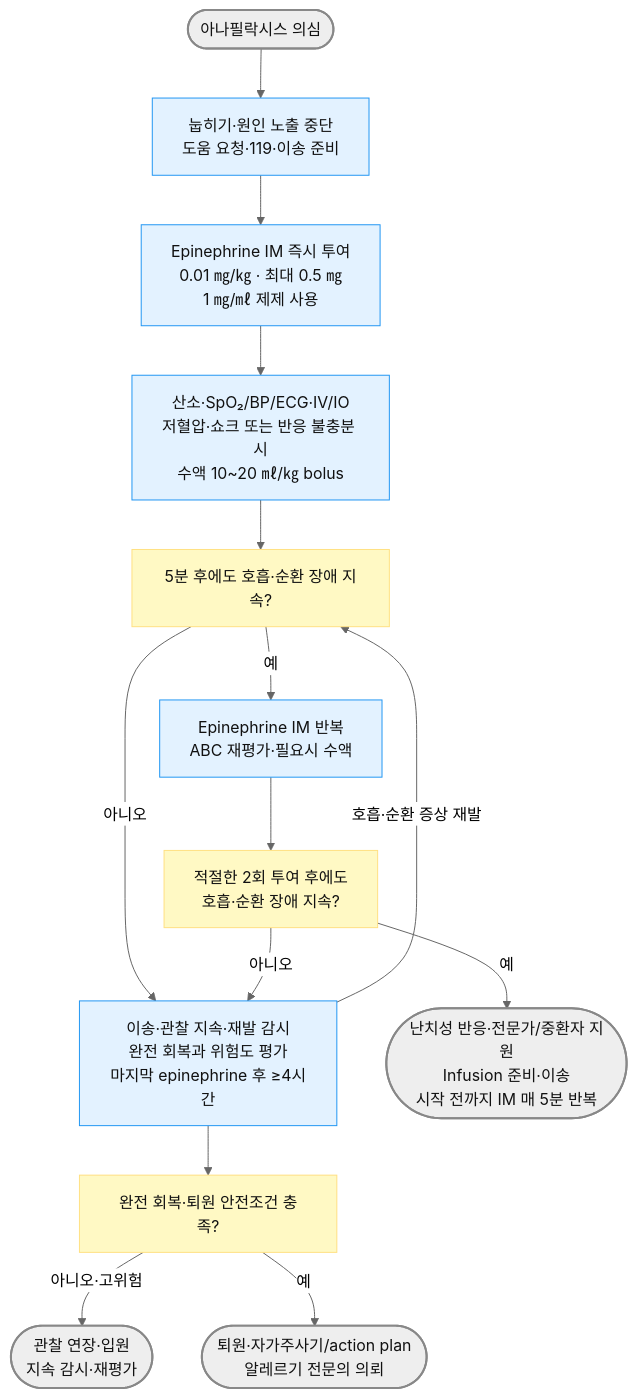
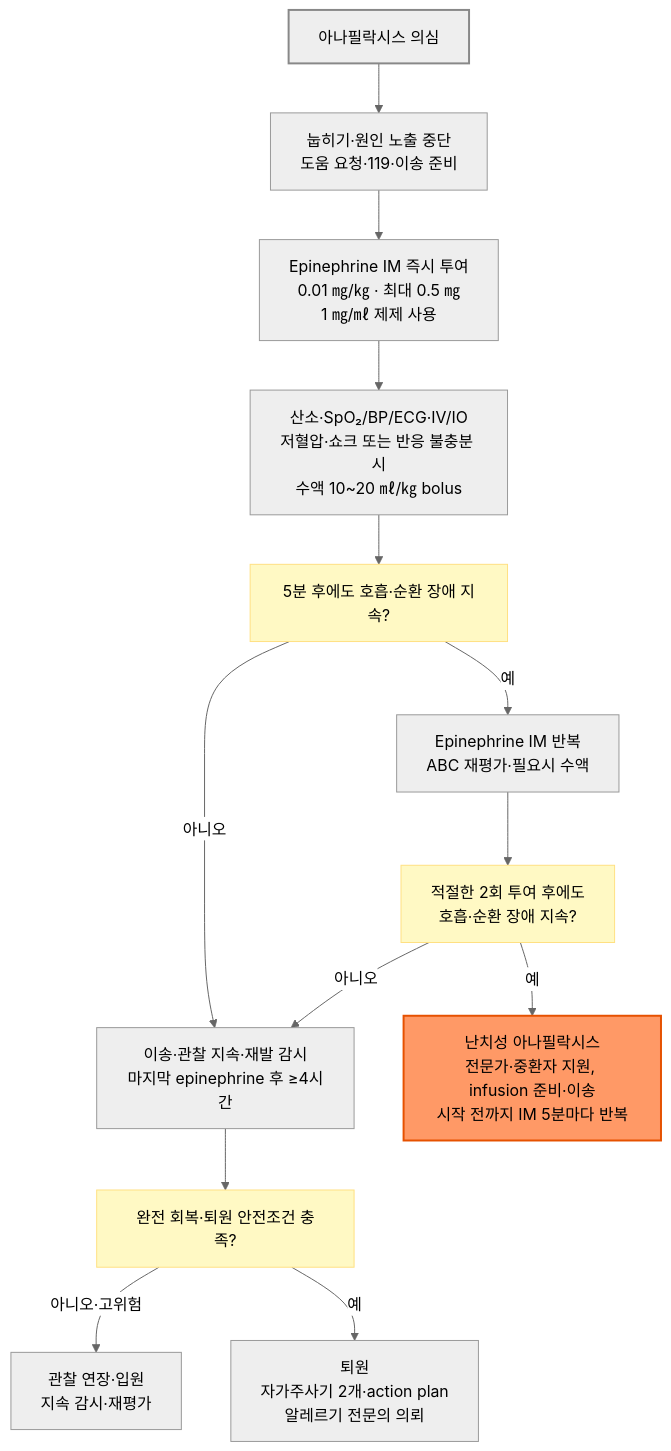
One commit to familyoh77/familyoh77 changed the diagram in 230_/188_-anaphylaxis.md. Above: the diagram before and after it, drawn with Mermaid (neutral theme). The commit also changed other lines of this file and 16 other files, not shown here.

````diff
--- a/230_/188_-anaphylaxis.md
+++ b/230_/188_-anaphylaxis.md
@@ -124,22 +126,20 @@
 ```mermaid
 flowchart TD
-    A(["아나필락시스 의심"]) --> B["눕히기·원인 노출 중단<br/>도움 요청·119·이송 준비"]
+    A["아나필락시스 의심"] --> B["눕히기·원인 노출 중단<br/>도움 요청·119·이송 준비"]
     B --> C["Epinephrine IM 즉시 투여<br/>0.01 ㎎/㎏ · 최대 0.5 ㎎<br/>1 ㎎/㎖ 제제 사용"]
     C --> D["산소·SpO₂/BP/ECG·IV/IO<br/>저혈압·쇼크 또는 반응 불충분 시<br/>수액 10~20 ㎖/㎏ bolus"]
     D --> E["5분 후에도 호흡·순환 장애 지속?"]
-    E -->|"아니오"| F["이송·관찰 지속·재발 감시<br/>완전 회복과 위험도 평가<br/>마지막 epinephrine 후 ≥4시간"]
-    E -->|"예"| G["Epinephrine IM 반복<br/>ABC 재평가·필요시 수액"]
+    E -- "아니오" --> F["이송·관찰 지속·재발 감시<br/>마지막 epinephrine 후 ≥4시간"]
+    E -- "예" --> G["Epinephrine IM 반복<br/>ABC 재평가·필요시 수액"]
     G --> H["적절한 2회 투여 후에도<br/>호흡·순환 장애 지속?"]
-    H -->|"아니오"| F
-    H -->|"예"| J(["난치성 반응·전문가/중환자 지원<br/>Infusion 준비·이송<br/>시작 전까지 IM 매 5분 반복"])
-    F -->|"호흡·순환 증상 재발"| E
+    H -- "아니오" --> F
+    H -- "예" --> J["난치성 아나필락시스<br/>전문가·중환자 지원, infusion 준비·이송<br/>시작 전까지 IM 5분마다 반복"]
     F --> Q["완전 회복·퇴원 안전조건 충족?"]
-    Q -->|"아니오·고위험"| K(["관찰 연장·입원<br/>지속 감시·재평가"])
-    Q -->|"예"| L(["퇴원·자가주사기/action plan<br/>알레르기 전문의 의뢰"])
-    classDef terminal fill:#eeeeee,stroke:#888888,color:#111,stroke-width:2px;
-    classDef action fill:#e3f2ff,stroke:#2196f3,color:#111;
-    classDef question fill:#fff9c4,stroke:#ffe082,color:#111;
-    class A,J,K,L terminal;
-    class B,C,D,F,G action;
-    class E,H,Q question;
+    Q -- "아니오·고위험" --> K["관찰 연장·입원<br/>지속 감시·재평가"]
+    Q -- "예" --> L["퇴원<br/>자가주사기 2개·action plan<br/>알레르기 전문의 의뢰"]
+
+    classDef question fill:#fff9c4,stroke:#ffe082
+    class E,H,Q question
+    style A fill:#eeeeee,stroke:#888888,stroke-width:2px
+    style J fill:#f96,stroke:#e65100,stroke-width:2px
 ```
````
